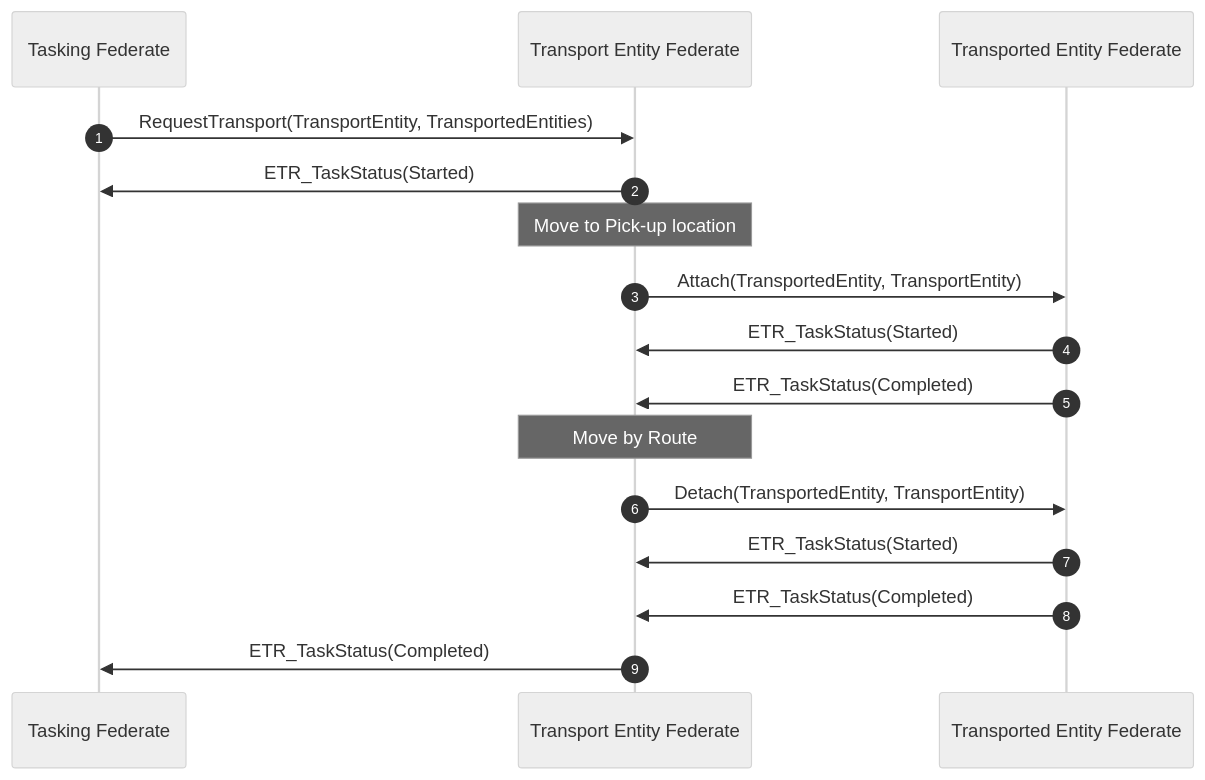
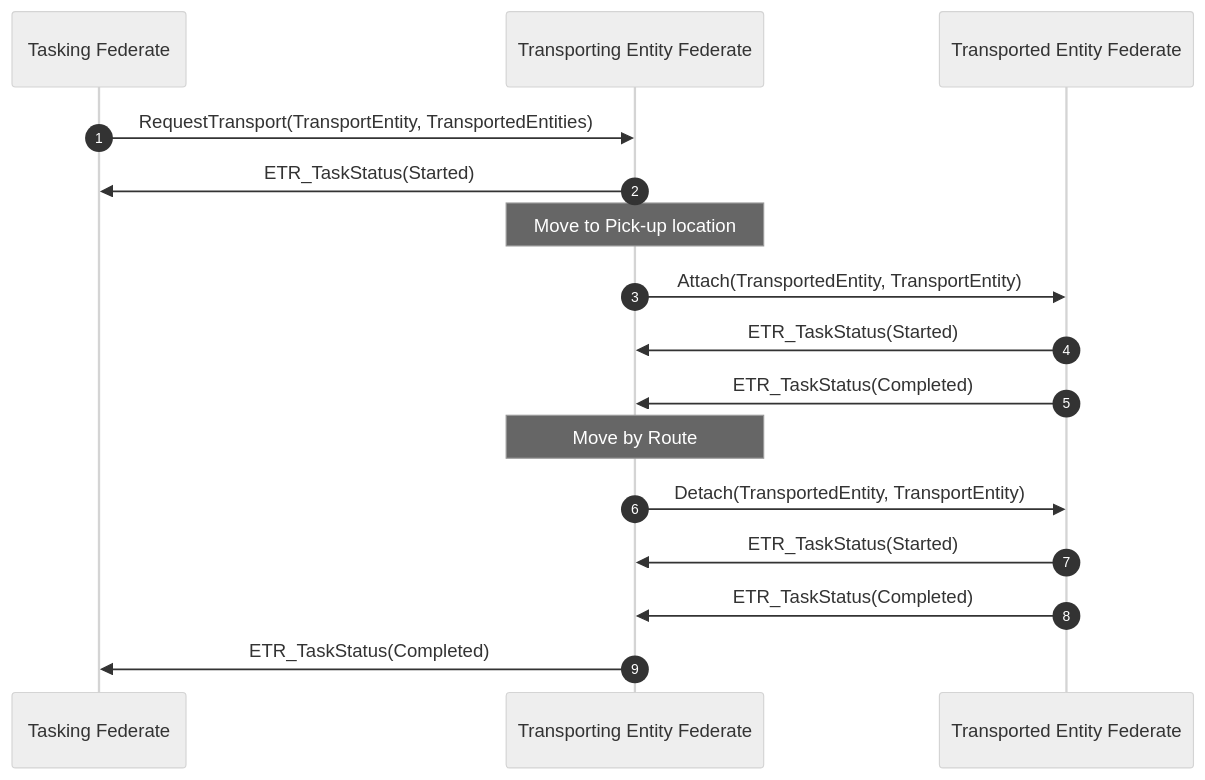
The fifth of 7 diagrams in modules/NETN-LOG/NETN-LOG.md (AMSP-04/NETN-FOM), drawn with Mermaid (neutral theme) before and after one commit. The commit also changed other lines of this file, not shown here.

Commit message:
DOCS: Change transport entity to transporting entity in NETN-LOG.md
This was done both to make the distinction between transporting and trasnported entity clearer, and to match the format of receiving entity (previously receiver entity), which was changed to match the FOM. Also matches TransportedEntities.

````diff
--- a/modules/NETN-LOG/NETN-LOG.md
+++ b/modules/NETN-LOG/NETN-LOG.md
@@ -139,16 +139,16 @@
 ```mermaid
 sequenceDiagram
 autonumber
-Tasking Federate->>Transport Entity Federate: RequestTransport(TransportEntity, TransportedEntities)
-Transport Entity Federate->>Tasking Federate: ETR_TaskStatus(Started)
-Note over Transport Entity Federate: Move to Pick-up location
-Transport Entity Federate->>Transported Entity Federate: Attach(TransportedEntity, TransportEntity)
-Transported Entity Federate->>Transport Entity Federate: ETR_TaskStatus(Started)
-Transported Entity Federate->>Transport Entity Federate: ETR_TaskStatus(Completed)
-Note over Transport Entity Federate: Move by Route
-Transport Entity Federate->>Transported Entity Federate: Detach(TransportedEntity, TransportEntity)
-Transported Entity Federate->>Transport Entity Federate: ETR_TaskStatus(Started)
-Transported Entity Federate->>Transport Entity Federate: ETR_TaskStatus(Completed)
+Tasking Federate->>Transporting Entity Federate: RequestTransport(TransportEntity, TransportedEntities)
+Transporting Entity Federate->>Tasking Federate: ETR_TaskStatus(Started)
+Note over Transporting Entity Federate: Move to Pick-up location
+Transporting Entity Federate->>Transported Entity Federate: Attach(TransportedEntity, TransportEntity)
+Transported Entity Federate->>Transporting Entity Federate: ETR_TaskStatus(Started)
+Transported Entity Federate->>Transporting Entity Federate: ETR_TaskStatus(Completed)
+Note over Transporting Entity Federate: Move by Route
+Transporting Entity Federate->>Transported Entity Federate: Detach(TransportedEntity, TransportEntity)
+Transported Entity Federate->>Transporting Entity Federate: ETR_TaskStatus(Started)
+Transported Entity Federate->>Transporting Entity Federate: ETR_TaskStatus(Completed)
 
-Transport Entity Federate->>Tasking Federate: ETR_TaskStatus(Completed)
+Transporting Entity Federate->>Tasking Federate: ETR_TaskStatus(Completed)
 ```
````
